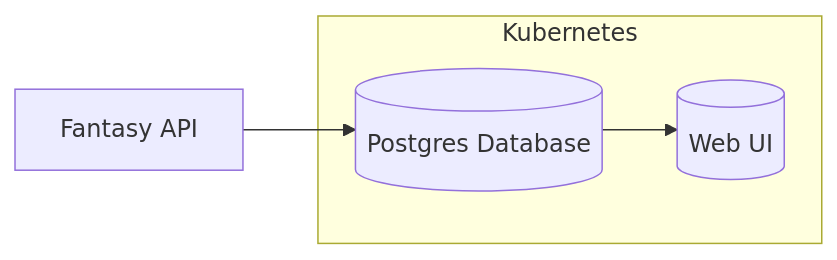
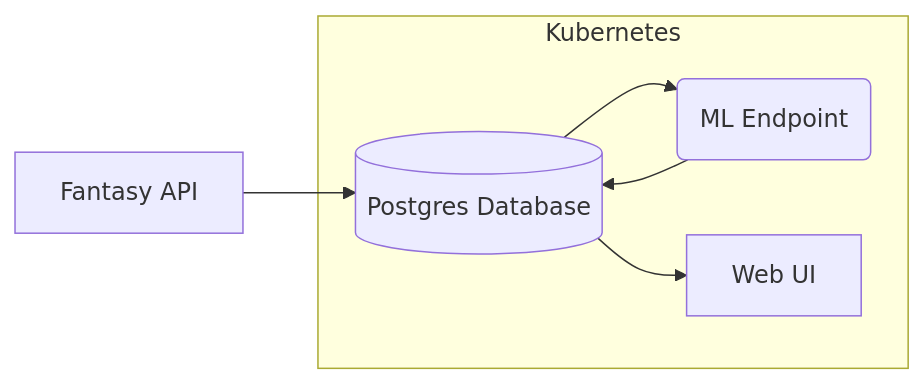
Before and after one commit to ChrisPayneHome/Fantasy-Football: the diagram in README.md, drawn with Mermaid.

Commit message:
Adding ML inferencing endpoint to architecture

````diff
--- a/README.md
+++ b/README.md
@@ -10,12 +10,15 @@
 ```mermaid
 flowchart LR
     subgraph kube[Kubernetes]
         db[(Postgres Database)]
-        app[(Web UI)]
+        ml(ML Endpoint)
+        app[Web UI]
     end
 
     api[Fantasy API]
 
     api --> db
-    db --> app	 
+    db --> app
+    db --> ml
+    ml --> db
 ```
````
